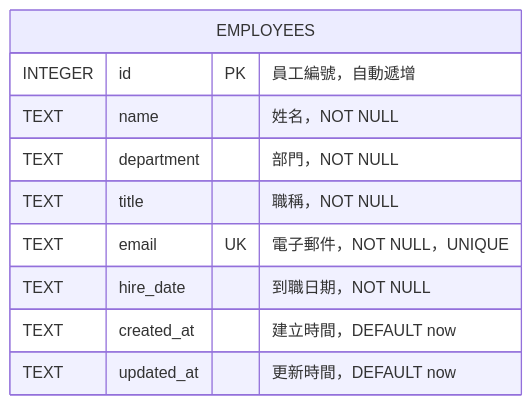
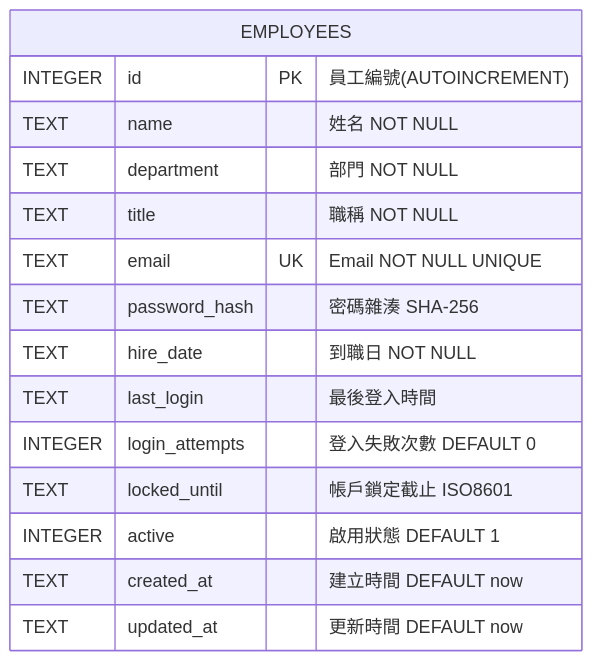
The diagram in demo_project/02_system_design/outputs/er_diagram.md (JengFeng/SSDLC-Skill), drawn with Mermaid before and after one commit. The commit also changed other lines of this file and 66 other files, not shown here.

````diff
--- a/demo_project/02_system_design/outputs/er_diagram.md
+++ b/demo_project/02_system_design/outputs/er_diagram.md
@@ -3,13 +7,19 @@
 ```mermaid
+%%{init: {"er": {"fontSize": 18, "layoutDirection": "TB"}, "themeVariables": {"fontSize": "18px"}}}%%
 erDiagram
     EMPLOYEES {
-        INTEGER id PK "員工編號，自動遞增"
-        TEXT name "姓名，NOT NULL"
-        TEXT department "部門，NOT NULL"
-        TEXT title "職稱，NOT NULL"
-        TEXT email UK "電子郵件，NOT NULL，UNIQUE"
-        TEXT hire_date "到職日期，NOT NULL"
-        TEXT created_at "建立時間，DEFAULT now"
-        TEXT updated_at "更新時間，DEFAULT now"
+        INTEGER id PK "員工編號(AUTOINCREMENT)"
+        TEXT name "姓名 NOT NULL"
+        TEXT department "部門 NOT NULL"
+        TEXT title "職稱 NOT NULL"
+        TEXT email UK "Email NOT NULL UNIQUE"
+        TEXT password_hash "密碼雜湊 SHA-256"
+        TEXT hire_date "到職日 NOT NULL"
+        TEXT last_login "最後登入時間"
+        INTEGER login_attempts "登入失敗次數 DEFAULT 0"
+        TEXT locked_until "帳戶鎖定截止 ISO8601"
+        INTEGER active "啟用狀態 DEFAULT 1"
+        TEXT created_at "建立時間 DEFAULT now"
+        TEXT updated_at "更新時間 DEFAULT now"
     }
 ```
````
